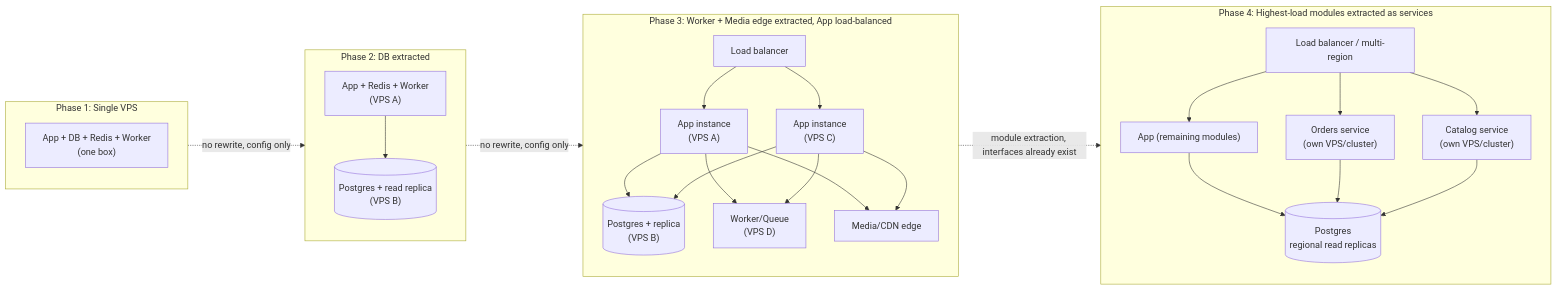
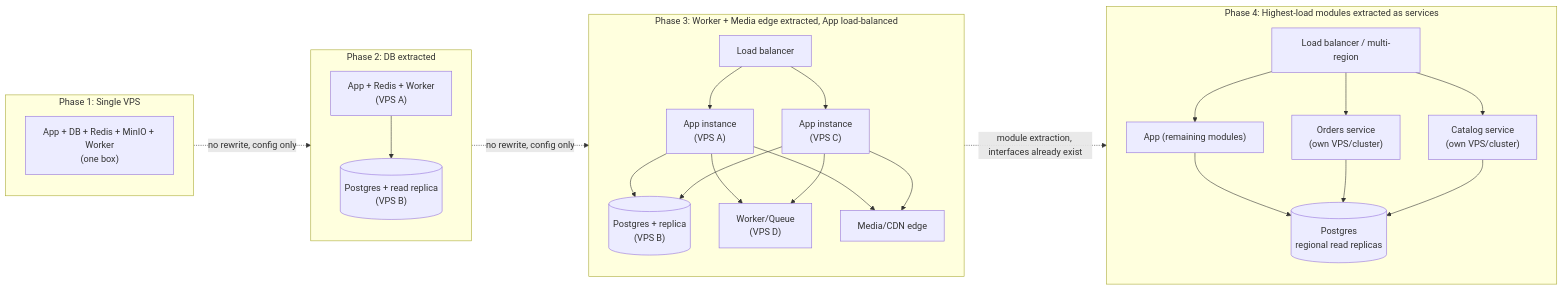
One commit to ubaidslab/goto5x.com changed the second of 2 diagrams in docs/architecture.md. Above: the diagram before and after it, drawn with Mermaid. The commit also changed other lines of this file and 7 other files, not shown here.

````diff
--- a/docs/architecture.md
+++ b/docs/architecture.md
@@ -114,39 +151,39 @@
 ```mermaid
 flowchart LR
     subgraph P1["Phase 1: Single VPS"]
-        A1["App + DB + Redis + Worker\n(one box)"]
+        A1["App + DB + Redis + MinIO + Worker\n(one box)"]
     end
 
     subgraph P2["Phase 2: DB extracted"]
         A2["App + Redis + Worker\n(VPS A)"]
         D2[("Postgres + read replica\n(VPS B)")]
         A2 --> D2
     end
 
     subgraph P3["Phase 3: Worker + Media edge extracted, App load-balanced"]
         LB3["Load balancer"]
         A3a["App instance\n(VPS A)"]
         A3b["App instance\n(VPS C)"]
         W3["Worker/Queue\n(VPS D)"]
         D3[("Postgres + replica\n(VPS B)")]
         M3["Media/CDN edge"]
         LB3 --> A3a & A3b
         A3a & A3b --> D3
         A3a & A3b --> W3
         A3a & A3b --> M3
     end
 
     subgraph P4["Phase 4: Highest-load modules extracted as services"]
         LB4["Load balancer / multi-region"]
         AppRest["App (remaining modules)"]
         OrdersSvc["Orders service\n(own VPS/cluster)"]
         CatalogSvc["Catalog service\n(own VPS/cluster)"]
         DReg[("Postgres\nregional read replicas")]
         LB4 --> AppRest & OrdersSvc & CatalogSvc
         AppRest & OrdersSvc & CatalogSvc --> DReg
     end
 
     P1 -.no rewrite, config only.-> P2
     P2 -.no rewrite, config only.-> P3
     P3 -.module extraction, interfaces already exist.-> P4
 ```
````
